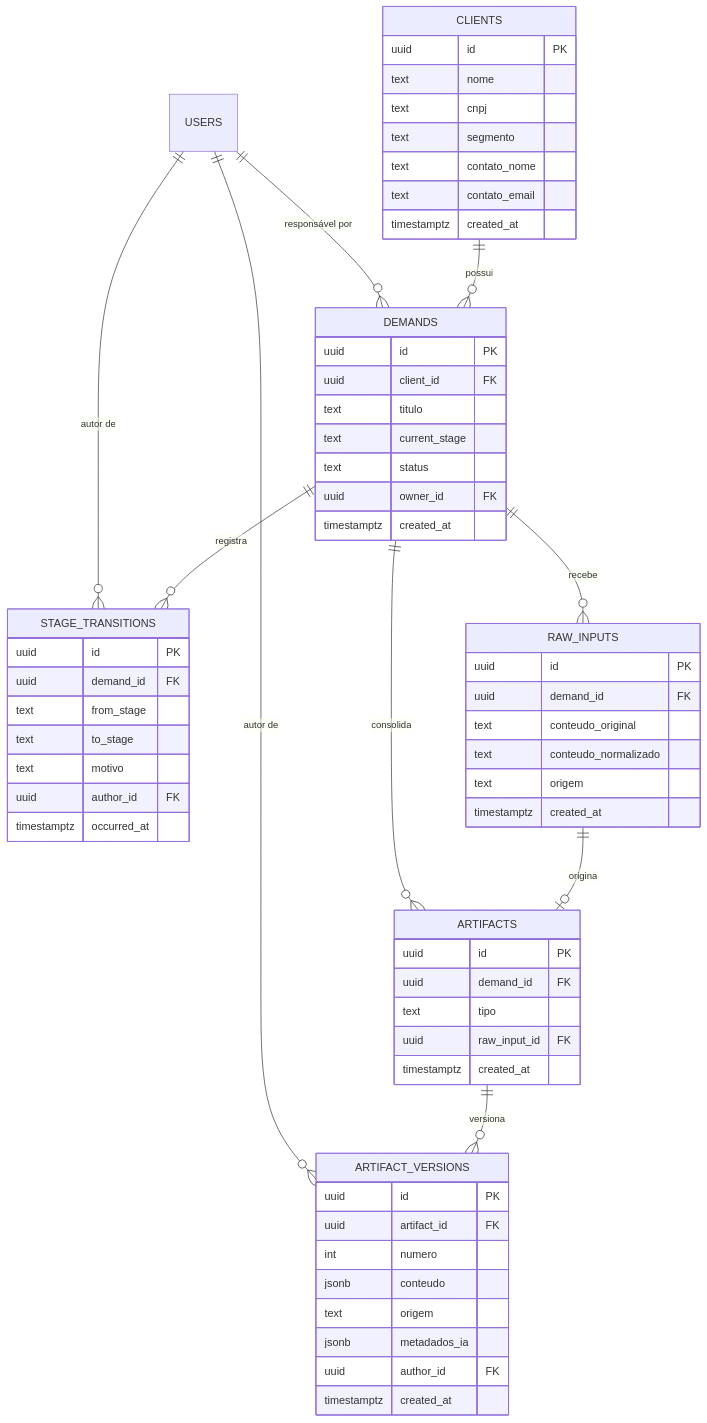
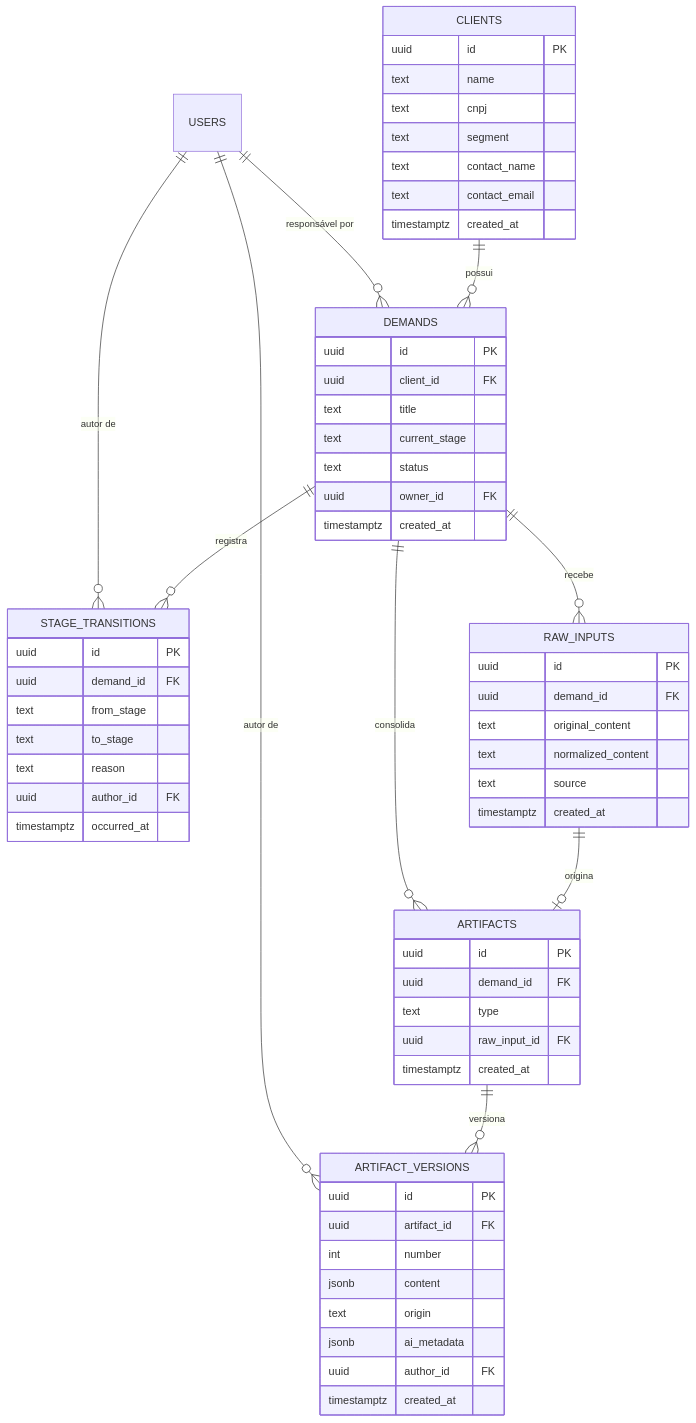
The first of 2 diagrams in docs/03-dados/modelo-dados.md (Projeto-Integrador-IV-IA/plataforma-cursos-corporativos), drawn with Mermaid before and after one commit. The commit also changed other lines of this file and 6 other files, not shown here.

````diff
--- a/docs/03-dados/modelo-dados.md
+++ b/docs/03-dados/modelo-dados.md
@@ -11,71 +14,71 @@
 ```mermaid
 erDiagram
     USERS ||--o{ DEMANDS : "responsável por"
     USERS ||--o{ STAGE_TRANSITIONS : "autor de"
     USERS ||--o{ ARTIFACT_VERSIONS : "autor de"
 
     CLIENTS ||--o{ DEMANDS : "possui"
     DEMANDS ||--o{ RAW_INPUTS : "recebe"
     DEMANDS ||--o{ STAGE_TRANSITIONS : "registra"
     DEMANDS ||--o{ ARTIFACTS : "consolida"
     ARTIFACTS ||--o{ ARTIFACT_VERSIONS : "versiona"
     RAW_INPUTS ||--o| ARTIFACTS : "origina"
 
     CLIENTS {
         uuid id PK
-        text nome
+        text name
         text cnpj
-        text segmento
-        text contato_nome
-        text contato_email
+        text segment
+        text contact_name
+        text contact_email
         timestamptz created_at
     }
 
     DEMANDS {
         uuid id PK
         uuid client_id FK
-        text titulo
+        text title
         text current_stage
         text status
         uuid owner_id FK
         timestamptz created_at
     }
 
     RAW_INPUTS {
         uuid id PK
         uuid demand_id FK
-        text conteudo_original
-        text conteudo_normalizado
-        text origem
+        text original_content
+        text normalized_content
+        text source
         timestamptz created_at
     }
 
     STAGE_TRANSITIONS {
         uuid id PK
         uuid demand_id FK
         text from_stage
         text to_stage
-        text motivo
+        text reason
         uuid author_id FK
         timestamptz occurred_at
     }
 
     ARTIFACTS {
         uuid id PK
         uuid demand_id FK
-        text tipo
+        text type
         uuid raw_input_id FK
         timestamptz created_at
     }
 
     ARTIFACT_VERSIONS {
         uuid id PK
         uuid artifact_id FK
-        int numero
-        jsonb conteudo
-        text origem
-        jsonb metadados_ia
+        int number
+        jsonb content
+        text origin
+        jsonb ai_metadata
         uuid author_id FK
         timestamptz created_at
     }
 ```
````
